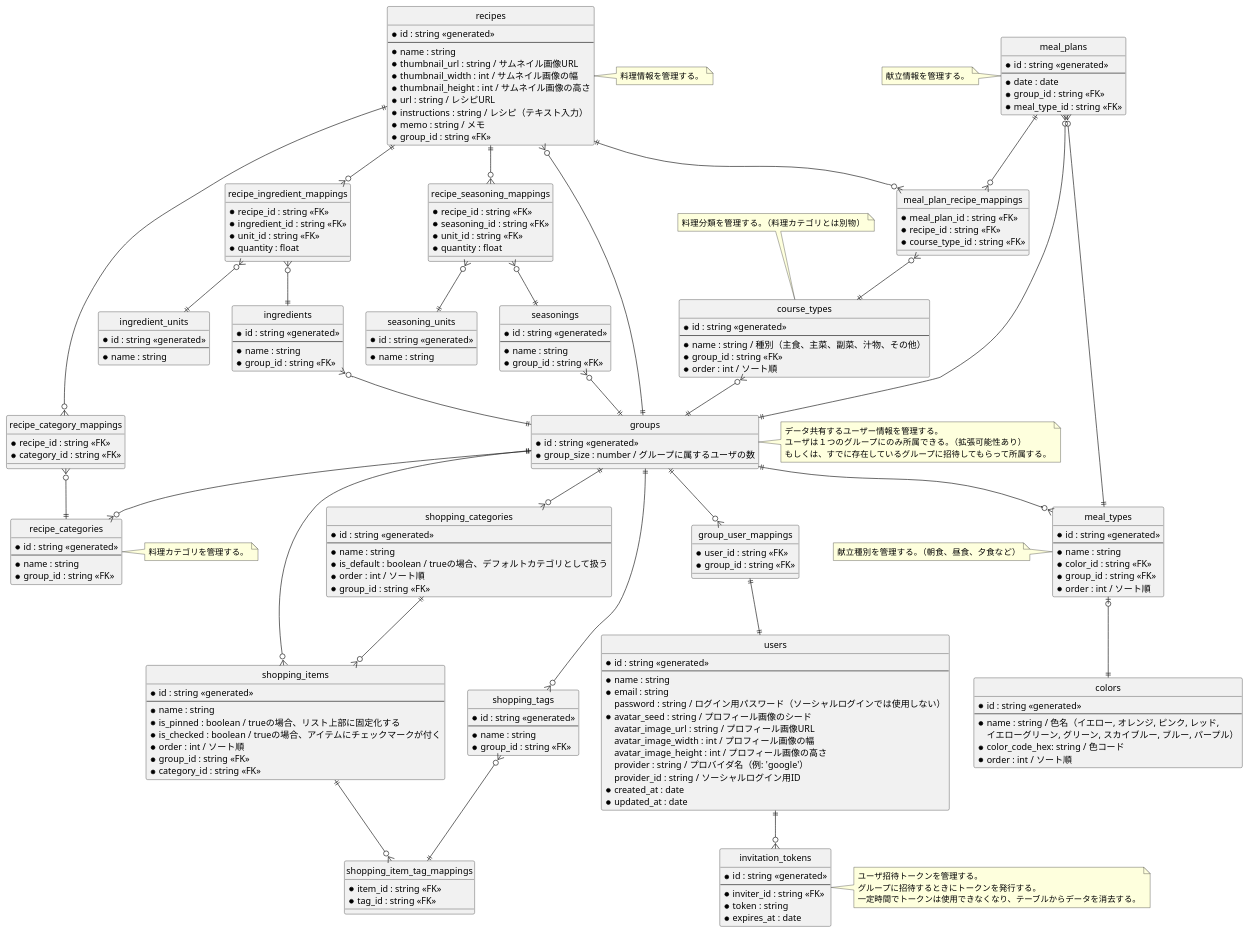
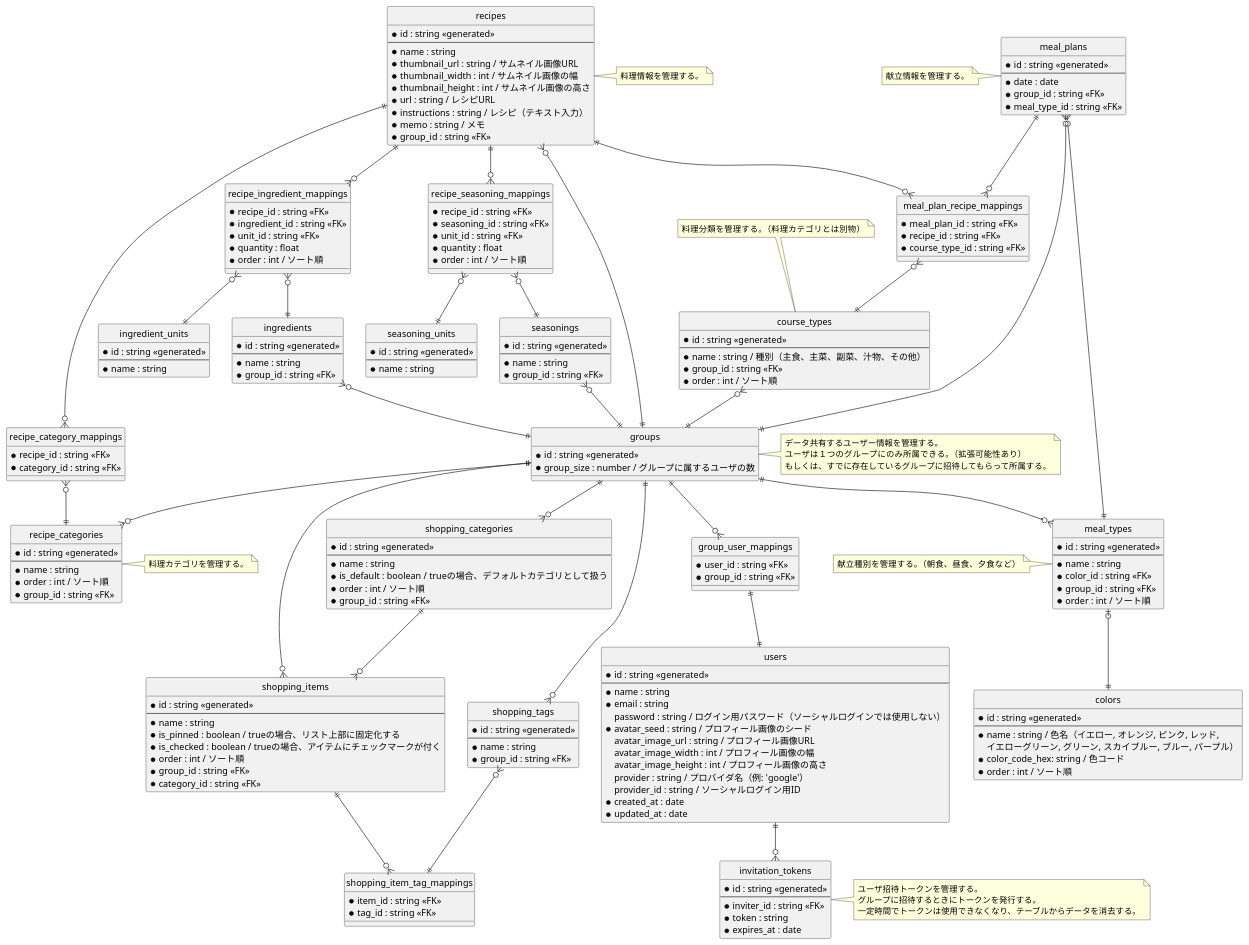
One commit to nanoha94/meap changed the diagram in server/docs/er.puml. Above: the diagram before and after it, drawn with PlantUML. The commit also changed 25 other files, not shown here.

```diff
--- a/server/docs/er.puml
+++ b/server/docs/er.puml
@@ -50,6 +50,7 @@
     * ingredient_id : string <<FK>>
     * unit_id : string <<FK>>
     * quantity : float
+    * order : int / ソート順
 }
 
 entity recipe_seasoning_mappings {
@@ -57,6 +58,7 @@
     * seasoning_id : string <<FK>>
     * unit_id : string <<FK>>
     * quantity : float
+    * order : int / ソート順
 }
 
 entity course_types {
@@ -71,6 +73,7 @@
     * id : string <<generated>>
     --
     * name : string
+    * order : int / ソート順
     * group_id : string <<FK>>
 }
 
```
